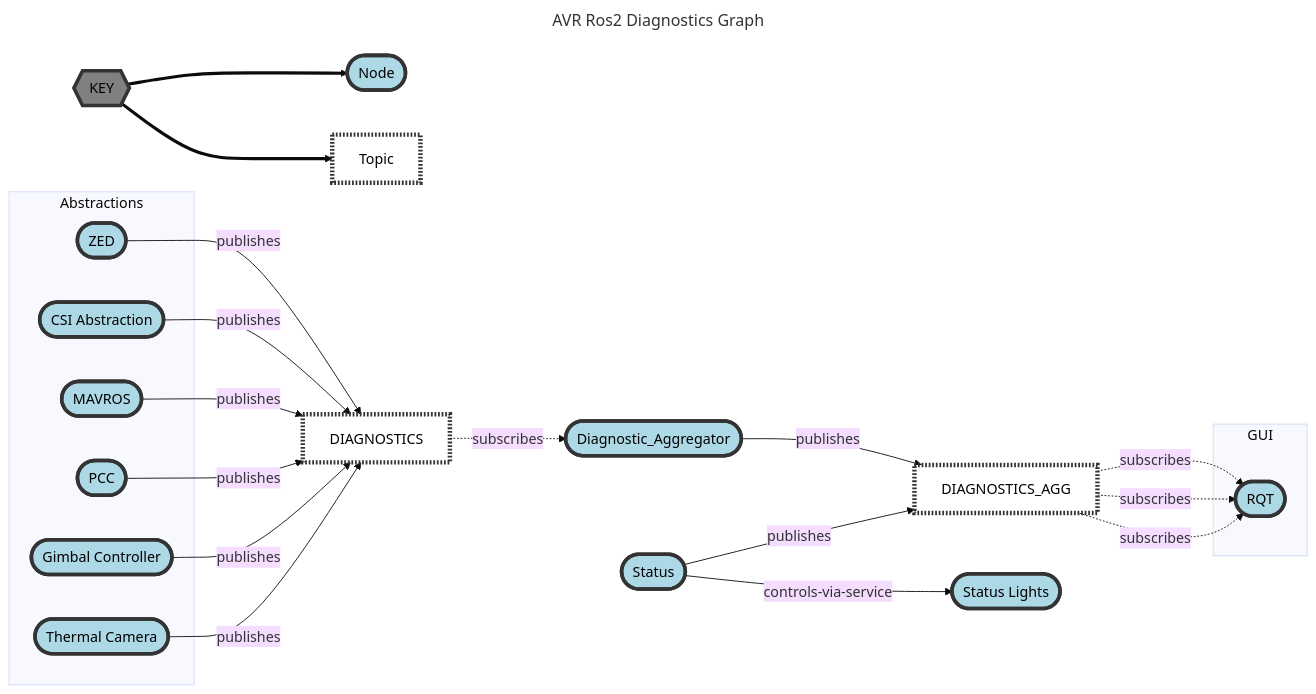
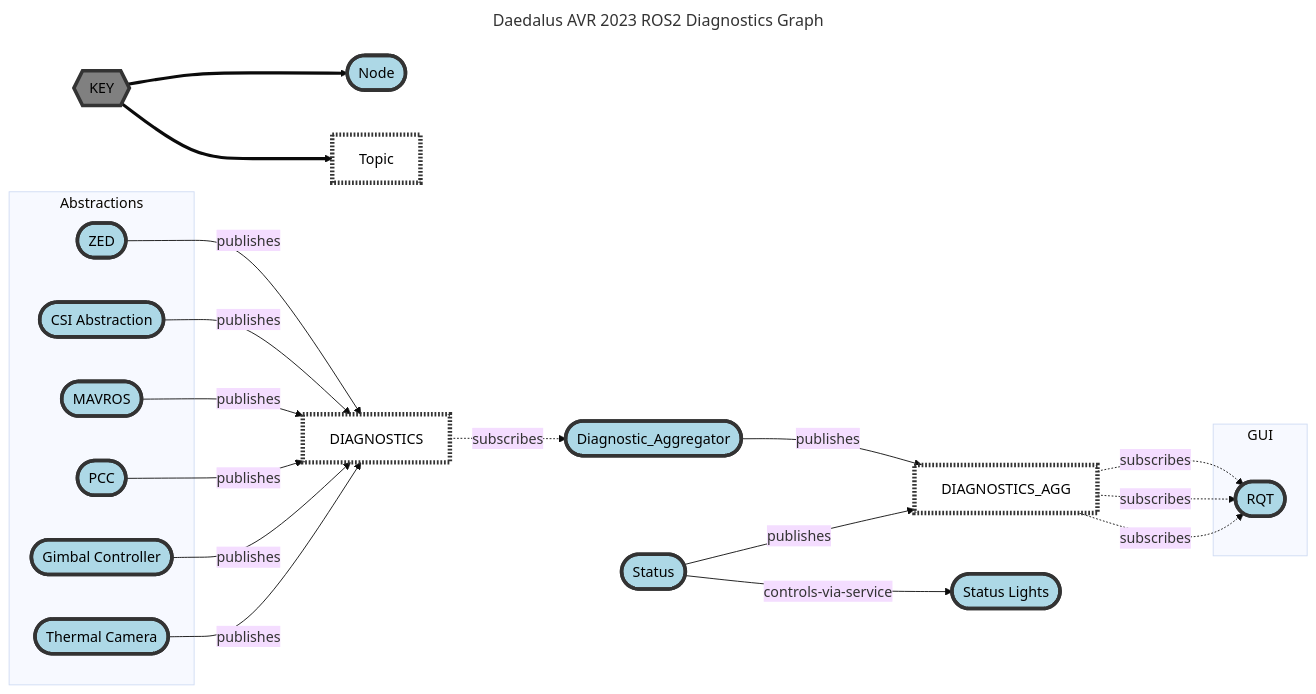
One commit to Daedalus-Robotics/avr_2023_documentation changed the diagram in README.md. Above: the diagram before and after it, drawn with Mermaid (base theme).

````diff
--- a/README.md
+++ b/README.md
@@ -1,53 +1,53 @@
 ```mermaid
 ---
-title: AVR Ros2 Diagnostics Graph
+title: Daedalus AVR 2023 ROS2 Diagnostics Graph
 ---
 flowchart LR
     
     classDef node fill:lightBlue,color:black,stroke:#333,stroke-width:4px
     classDef topic fill:white,color:black,stroke:#333,stroke-width:5px, stroke-dasharray: 2 2
 
     classDef key fill:gray,color:black,stroke:#333,stroke-width:4px
     
     legend{{KEY}}:::key==>i1([Node]):::node
     legend==>i2[Topic]:::topic
     
     diagnostics_topic[DIAGNOSTICS]:::topic
     diag_agg([Diagnostic_Aggregator])
     diag_agg_topic[DIAGNOSTICS_AGG]:::topic
     status_node([Status])
     status_lights([Status Lights])
     RQT/GUI([RQT])
     
     zed([ZED])
     
    
     
     subgraph Abstractions 
         zed
         CSI_abs
         Mavros
         PCC
         gimcont
         themcam
     end
     
     subgraph GUI 
         RQT/GUI
     end
     
     zed --publishes-->diagnostics_topic
     CSI_abs([CSI Abstraction]) --publishes-->diagnostics_topic
     Mavros([MAVROS]) --publishes-->diagnostics_topic
     PCC([PCC]) --publishes-->diagnostics_topic
     gimcont([Gimbal Controller]) --publishes-->diagnostics_topic
     themcam([Thermal Camera]) --publishes-->diagnostics_topic
     diagnostics_topic -. subscribes .->diag_agg
     diag_agg --publishes-->diag_agg_topic
     status_node --publishes-->diag_agg_topic
     status_node --controls-via-service-->status_lights
     diag_agg_topic -. subscribes .-> RQT/GUI
     diag_agg_topic -. subscribes .-> RQT/GUI
     diag_agg_topic -. subscribes .-> RQT/GUI 
 
 ```
````
